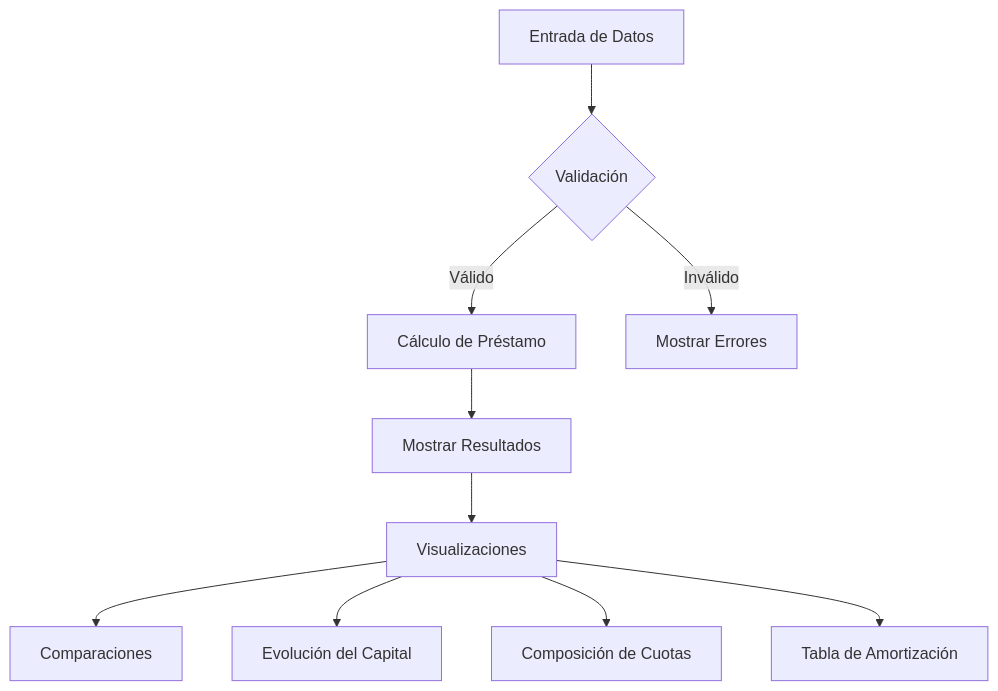
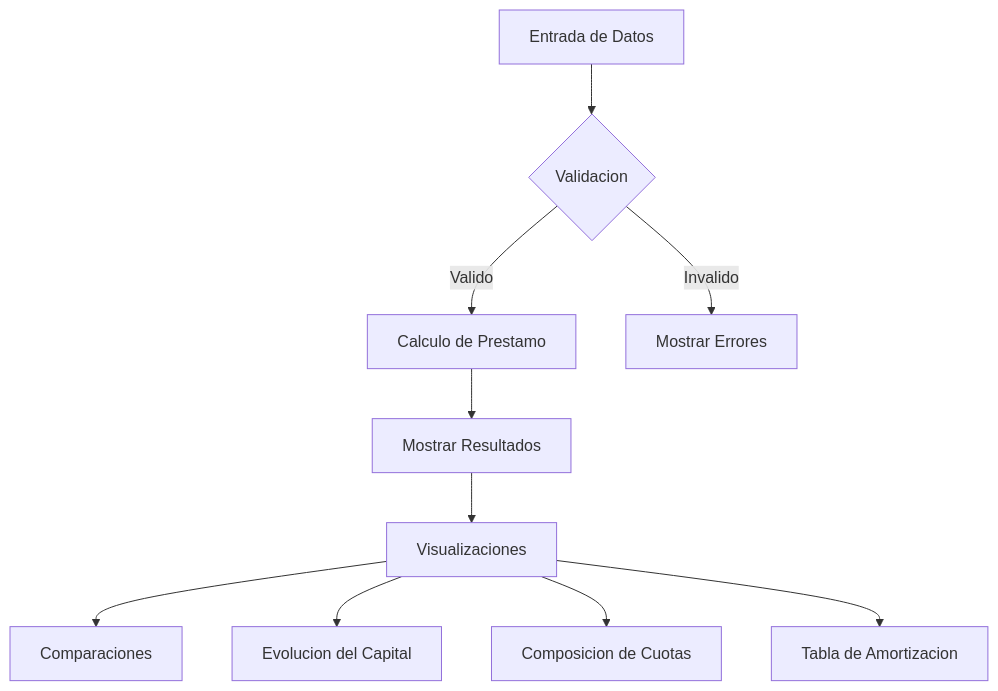
One commit to santiagoblanco22/calculator_dayana changed the second of 2 diagrams in README.md. Above: the diagram before and after it, drawn with Mermaid. The commit also changed other lines of this file and 3 other files, not shown here.

````diff
--- a/README.md
+++ b/README.md
@@ -41,12 +41,12 @@
 ```mermaid
 flowchart TD
-    A[Entrada de Datos] --> B{Validación}
-    B -->|Válido| C[Cálculo de Préstamo]
-    B -->|Inválido| D[Mostrar Errores]
+    A[Entrada de Datos] --> B{Validacion}
+    B -->|Valido| C[Calculo de Prestamo]
+    B -->|Invalido| D[Mostrar Errores]
     C --> E[Mostrar Resultados]
     E --> F[Visualizaciones]
     F --> G1[Comparaciones]
-    F --> G2[Evolución del Capital]
-    F --> G3[Composición de Cuotas]
-    F --> G4[Tabla de Amortización]
+    F --> G2[Evolucion del Capital]
+    F --> G3[Composicion de Cuotas]
+    F --> G4[Tabla de Amortizacion]
 ```
````
